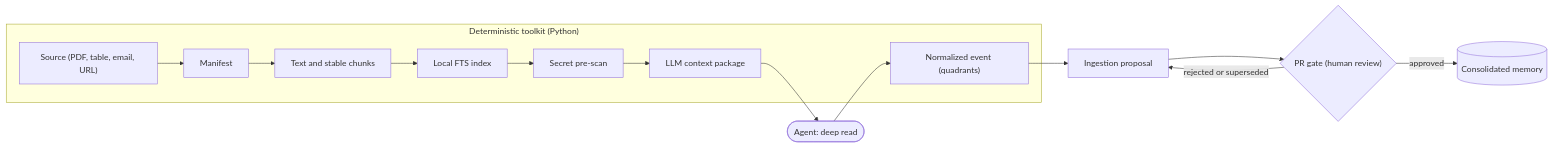
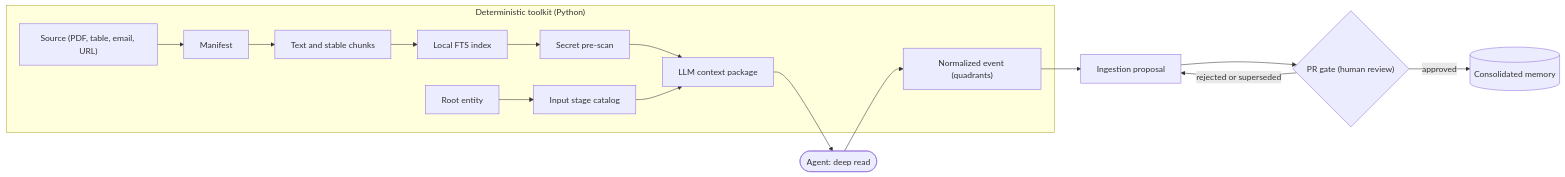
The diagram in memories/system/wiki/architecture.md (kimlage/wiki-viva-kit), drawn with Mermaid before and after one commit. The commit also changed other lines of this file and 86 other files, not shown here.

Commit message:
Add integral root entity input stage v6.8

````diff
--- a/memories/system/wiki/architecture.md
+++ b/memories/system/wiki/architecture.md
@@ -62,22 +63,26 @@
 ```mermaid
 flowchart LR
     subgraph Toolkit["Deterministic toolkit (Python)"]
+        Root["Root entity"]
+        InputStage["Input stage catalog"]
         Source["Source (PDF, table, email, URL)"]
         Manifest["Manifest"]
         Chunks["Text and stable chunks"]
         Index["Local FTS index"]
         Prescan["Secret pre-scan"]
         Package["LLM context package"]
         Event["Normalized event (quadrants)"]
     end
     Agent(["Agent: deep read"])
     Proposal["Ingestion proposal"]
     Gate{"PR gate (human review)"}
     Memory[("Consolidated memory")]
 
+    Root --> InputStage
     Source --> Manifest --> Chunks --> Index --> Prescan --> Package
+    InputStage --> Package
     Package --> Agent
     Agent --> Event --> Proposal --> Gate
     Gate -->|approved| Memory
     Gate -->|rejected or superseded| Proposal
 ```
````
